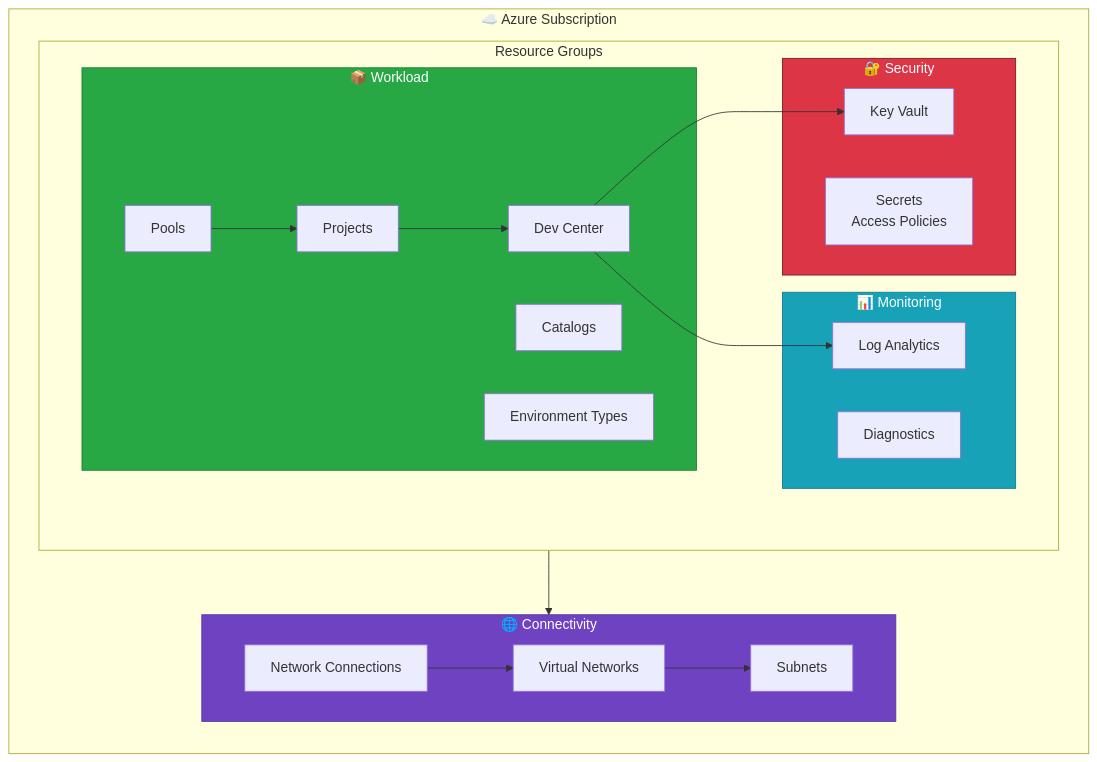
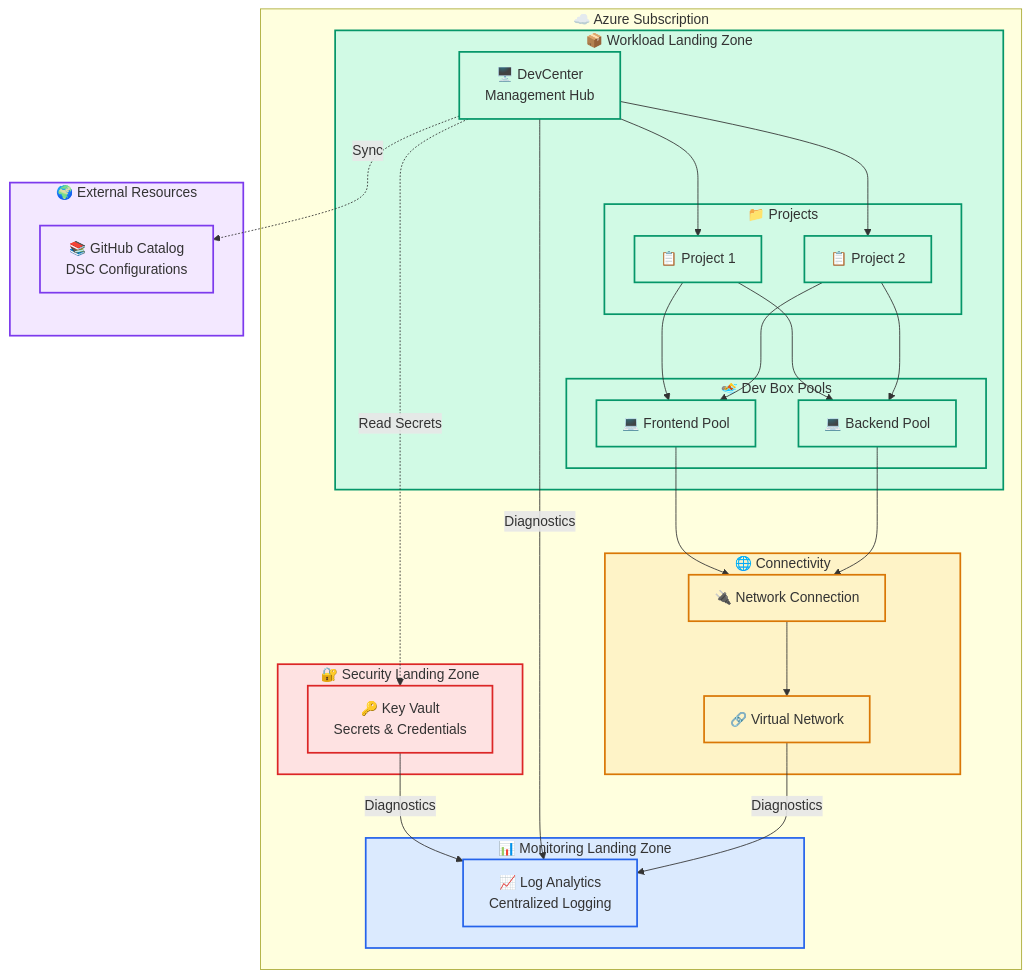
The first of 3 diagrams in README.md (Evilazaro/DevExp-DevBox), drawn with Mermaid before and after one commit. The commit also changed other lines of this file, not shown here.

Commit message:
docs: enhance architecture documentation with detailed landing zone overview and improved CI/CD pipeline descriptions

````diff
--- a/README.md
+++ b/README.md
@@ -55,56 +67,55 @@
 ```mermaid
 flowchart TB
     subgraph SUB["☁️ Azure Subscription"]
-        direction TB
+        subgraph Security["🔐 Security Landing Zone"]
+            KV["🔑 Key Vault<br/>Secrets & Credentials"]
+        end
         
-        subgraph RGS["Resource Groups"]
-            direction LR
+        subgraph Monitoring["📊 Monitoring Landing Zone"]
+            LA["📈 Log Analytics<br/>Centralized Logging"]
+        end
+        
+        subgraph Workload["📦 Workload Landing Zone"]
+            DC["🖥️ DevCenter<br/>Management Hub"]
             
-            subgraph SEC["🔐 Security"]
-                KV["Key Vault"]
-                SEC_ITEMS["Secrets<br/>Access Policies"]
+            subgraph Projects["📁 Projects"]
+                P1["📋 Project 1"]
+                P2["📋 Project 2"]
             end
             
-            subgraph MON["📊 Monitoring"]
-                LA["Log Analytics"]
-                DIAG["Diagnostics"]
-            end
-            
-            subgraph WL["📦 Workload"]
-                DC["Dev Center"]
-                PROJ["Projects"]
-                POOLS["Pools"]
-                CAT["Catalogs"]
-                ENV["Environment Types"]
+            subgraph Pools["🏊 Dev Box Pools"]
+                POOL1["💻 Frontend Pool"]
+                POOL2["💻 Backend Pool"]
             end
         end
         
-        subgraph CONN["🌐 Connectivity"]
-            direction LR
-            VNET["Virtual Networks"]
-            SUBNET["Subnets"]
-            NC["Network Connections"]
+        subgraph Connectivity["🌐 Connectivity"]
+            VNET["🔗 Virtual Network"]
+            NC["🔌 Network Connection"]
         end
     end
     
-    %% Connections showing dependencies
-    DC --> KV
-    DC --> LA
-    PROJ --> DC
-    POOLS --> PROJ
-    POOLS --> NC
+    subgraph External["🌍 External Resources"]
+        GH["📚 GitHub Catalog<br/>DSC Configurations"]
+    end
+    
+    DC --> P1 & P2
+    P1 & P2 --> POOL1 & POOL2
+    POOL1 & POOL2 --> NC
     NC --> VNET
-    VNET --> SUBNET
+    DC -.->|"Sync"| GH
+    DC -.->|"Read Secrets"| KV
+    KV & DC & VNET -->|"Diagnostics"| LA
     
-    %% Styling
-    classDef securityStyle fill:#dc3545,stroke:#721c24,color:#fff
-    classDef monitorStyle fill:#17a2b8,stroke:#117a8b,color:#fff
-    classDef workloadStyle fill:#28a745,stroke:#1e7e34,color:#fff
-    classDef connectStyle fill:#6f42c1,stroke:#5a32a3,color:#fff
-    classDef subStyle fill:#f8f9fa,stroke:#343a40
+    classDef security fill:#FEE2E2,stroke:#DC2626,stroke-width:2px
+    classDef monitoring fill:#DBEAFE,stroke:#2563EB,stroke-width:2px
+    classDef workload fill:#D1FAE5,stroke:#059669,stroke-width:2px
+    classDef connectivity fill:#FEF3C7,stroke:#D97706,stroke-width:2px
+    classDef external fill:#F3E8FF,stroke:#7C3AED,stroke-width:2px
     
-    class SEC securityStyle
-    class MON monitorStyle
-    class WL workloadStyle
-    class CONN connectStyle
+    class Security,KV security
+    class Monitoring,LA monitoring
+    class Workload,DC,Projects,P1,P2,Pools,POOL1,POOL2 workload
+    class Connectivity,VNET,NC connectivity
+    class External,GH external
 ```
````
